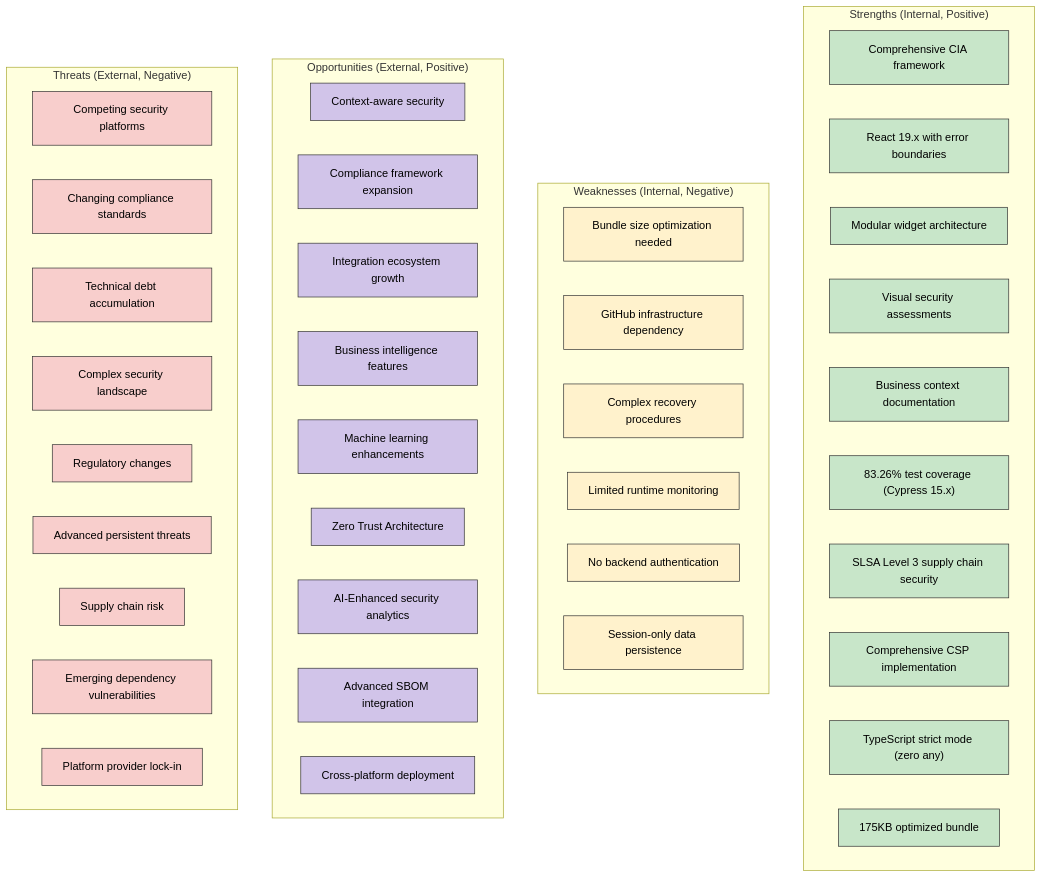
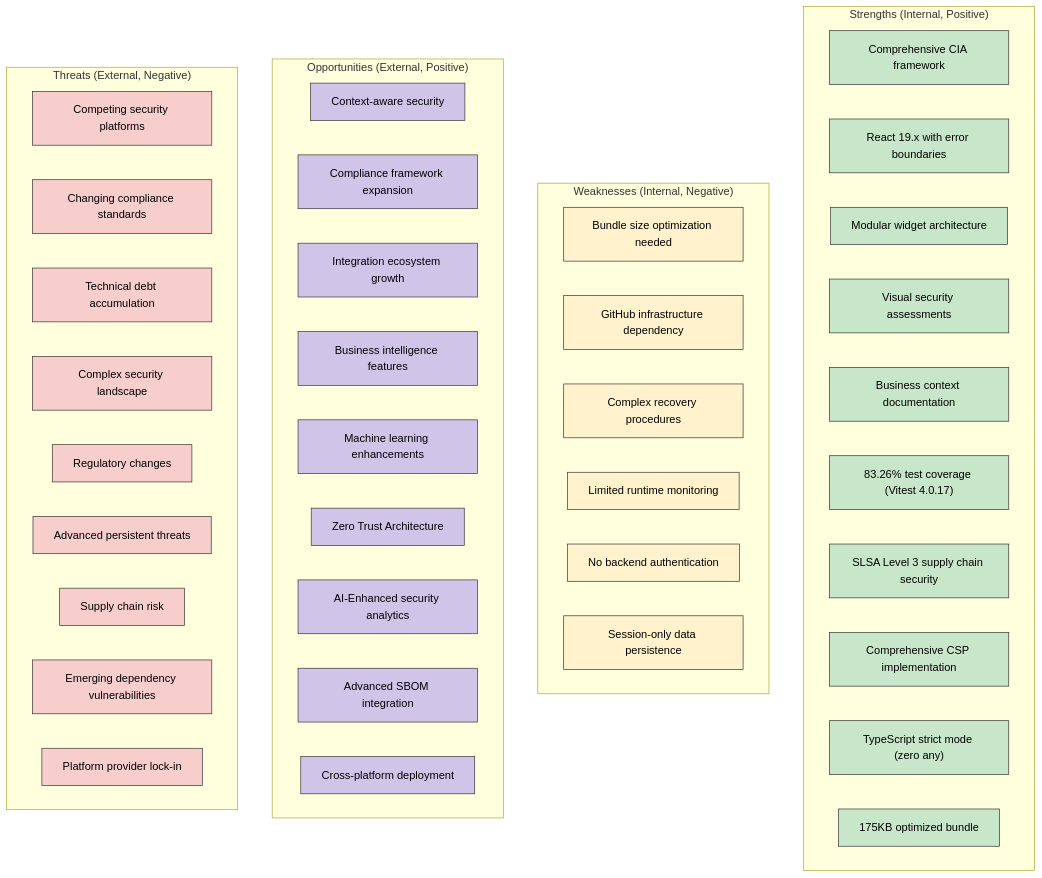
Before and after one commit to Hack23/cia-compliance-manager: the second of 6 diagrams in docs/architecture/SWOT.md, drawn with Mermaid. The commit also changed other lines of this file and 9 other files, not shown here.

First line of the commit message:
docs: update architecture documents to accurately reflect current system (#974)

````diff
--- a/docs/architecture/SWOT.md
+++ b/docs/architecture/SWOT.md
@@ -119,59 +121,59 @@
 ```mermaid
 graph TD
     subgraph "Strengths (Internal, Positive)"
         S1["Comprehensive CIA framework"]
         S2["React 19.x with error boundaries"]
         S3["Modular widget architecture"]
         S4["Visual security assessments"]
         S5["Business context documentation"]
-        S6["83.26% test coverage (Cypress 15.x)"]
+        S6["83.26% test coverage (Vitest 4.0.17)"]
         S7["SLSA Level 3 supply chain security"]
         S8["Comprehensive CSP implementation"]
         S9["TypeScript strict mode (zero any)"]
         S10["175KB optimized bundle"]
     end
 
     subgraph "Weaknesses (Internal, Negative)"
         W1["Bundle size optimization needed"]
         W2["GitHub infrastructure dependency"]
         W3["Complex recovery procedures"]
         W4["Limited runtime monitoring"]
         W5["No backend authentication"]
         W6["Session-only data persistence"]
     end
 
     subgraph "Opportunities (External, Positive)"
         O1["Context-aware security"]
         O2["Compliance framework expansion"]
         O3["Integration ecosystem growth"]
         O4["Business intelligence features"]
         O5["Machine learning enhancements"]
         O6["Zero Trust Architecture"]
         O7["AI-Enhanced security analytics"]
         O8["Advanced SBOM integration"]
         O9["Cross-platform deployment"]
     end
 
     subgraph "Threats (External, Negative)"
         T1["Competing security platforms"]
         T2["Changing compliance standards"]
         T3["Technical debt accumulation"]
         T4["Complex security landscape"]
         T5["Regulatory changes"]
         T6["Advanced persistent threats"]
         T7["Supply chain risk"]
         T8["Emerging dependency vulnerabilities"]
         T9["Platform provider lock-in"]
     end
 
     %% Style
     classDef strengths fill:#c8e6c9,stroke:#333,stroke-width:1px,color:black
     classDef weaknesses fill:#fff2cc,stroke:#333,stroke-width:1px,color:black
     classDef opportunities fill:#d1c4e9,stroke:#333,stroke-width:1px,color:black
     classDef threats fill:#f8cecc,stroke:#333,stroke-width:1px,color:black
 
     class S1,S2,S3,S4,S5,S6,S7,S8,S9,S10 strengths
     class W1,W2,W3,W4,W5,W6 weaknesses
     class O1,O2,O3,O4,O5,O6,O7,O8,O9 opportunities
     class T1,T2,T3,T4,T5,T6,T7,T8,T9 threats
 ```
````
